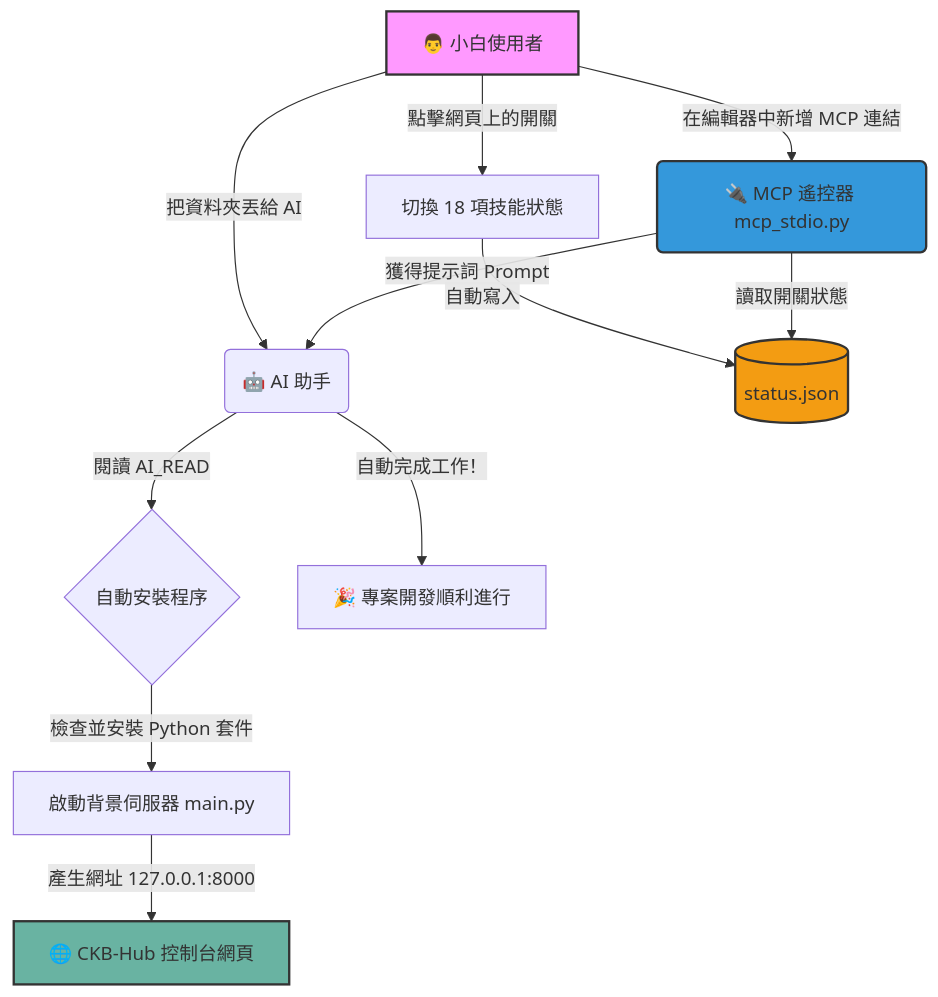
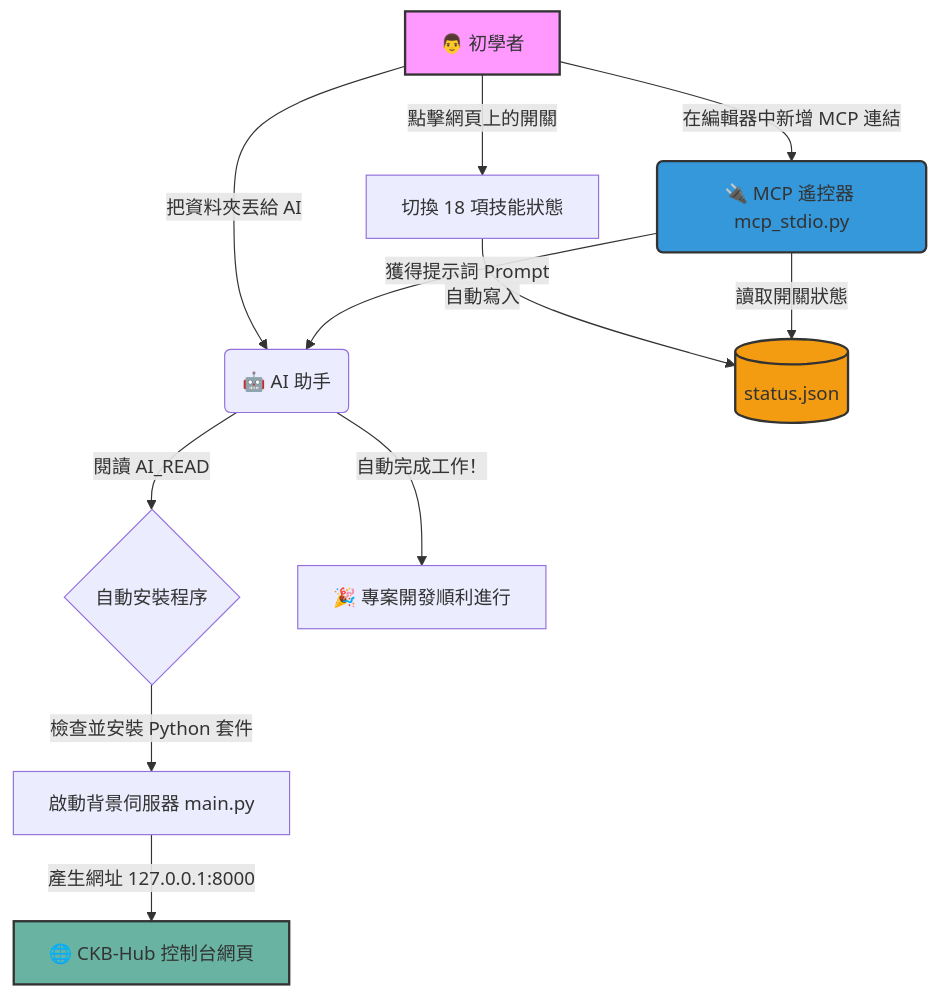
The diagram in 使用手冊.md (ckhotgav/ckb-hub), drawn with Mermaid before and after one commit. The commit also changed other lines of this file and 4 other files, not shown here.

````diff
--- a/使用手冊.md
+++ b/使用手冊.md
@@ -64,20 +64,20 @@
 ```mermaid
 graph TD
-    A["👨 小白使用者"] -->|"把資料夾丟給 AI"| B("🤖 AI 助手")
+    A["👨 初學者"] -->|"把資料夾丟給 AI"| B("🤖 AI 助手")
     B -->|"閱讀 AI_READ"| C{"自動安裝程序"}
     C -->|"檢查並安裝 Python 套件"| D["啟動背景伺服器 main.py"]
     D -->|"產生網址 127.0.0.1:8000"| E["🌐 CKB-Hub 控制台網頁"]
     
     A -->|"點擊網頁上的開關"| F["切換 18 項技能狀態"]
     F -->|"自動寫入"| G[("status.json")]
     
     A -->|"在編輯器中新增 MCP 連結"| H("🔌 MCP 遙控器 mcp_stdio.py")
     H -->|"讀取開關狀態"| G
     H -->|"獲得提示詞 Prompt"| B
     B -->|"自動完成工作！"| I["🎉 專案開發順利進行"]
     
     style A fill:#f9f,stroke:#333,stroke-width:2px
     style E fill:#69b3a2,stroke:#333,stroke-width:2px
     style G fill:#f39c12,stroke:#333,stroke-width:2px
     style H fill:#3498db,stroke:#333,stroke-width:2px
 ```
````
